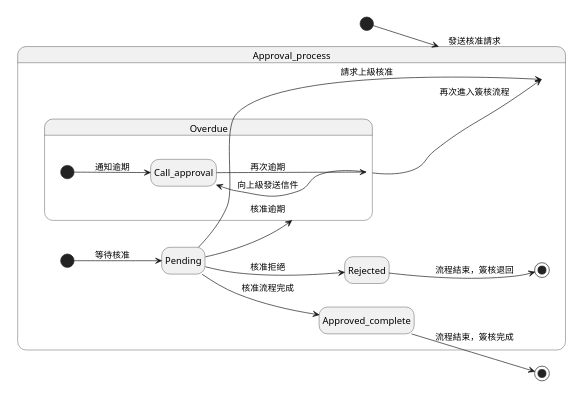
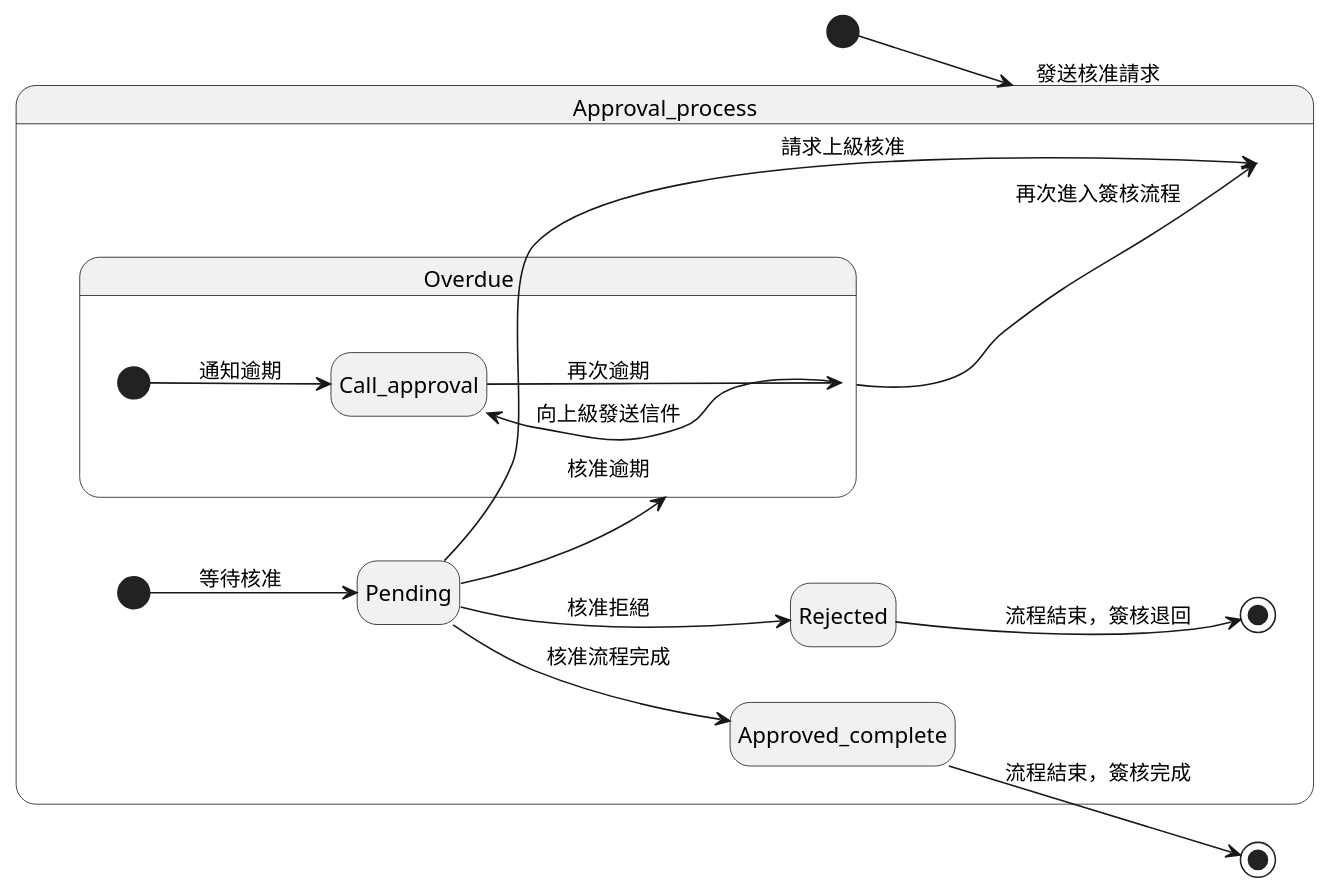
The diagram in plantUML/state/approval.puml (walle45611/NTUB_SecuManag_Diagram), drawn with PlantUML before and after one commit. The commit also changed 4 other files, not shown here.

First line of the commit message:
(modify): 調整設計物件圖、狀態機圖 (#39)

```diff
--- a/plantUML/state/approval.puml
+++ b/plantUML/state/approval.puml
@@ -1,23 +1,22 @@
 @startuml
 
 left to right direction
 hide empty description
-scale 350 width
 
 [*] --> Approval_process: 發送核准請求
 state Approval_process{
   [*] --> Pending: 等待核准
   Pending --> Approval_process: 請求上級核准
   Pending --> Rejected: 核准拒絕
   Pending --> Approved_complete: 核准流程完成
   Pending --> Overdue: 核准逾期
   Rejected --> [*]: 流程結束，簽核退回
 }
 state Overdue{
   [*] --> Call_approval: 通知逾期
   Call_approval--> Overdue: 再次逾期
   Overdue --> Call_approval: 向上級發送信件
   Overdue --> Approval_process: 再次進入簽核流程
 }
 Approved_complete --> [*]: 流程結束，簽核完成
 @enduml
```
